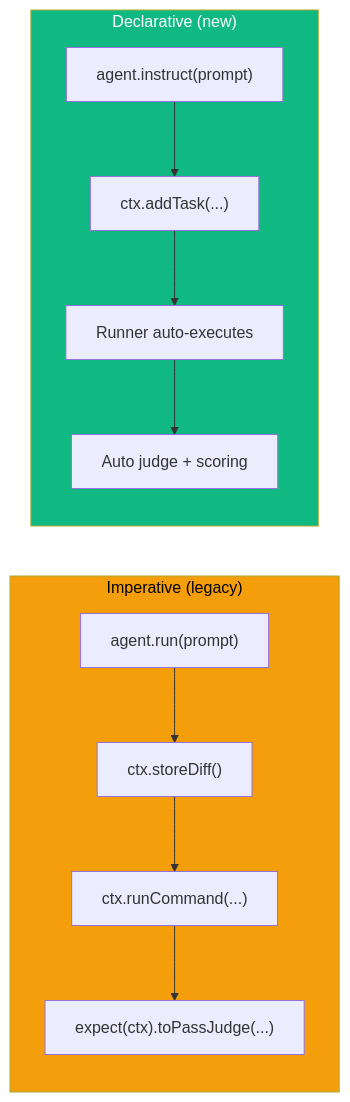
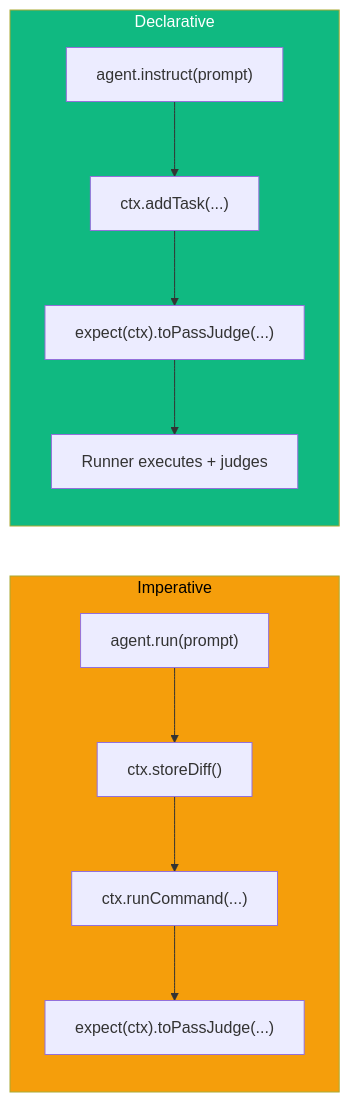
Before and after one commit to Tlahey/agent-eval: the first of 3 diagrams in apps/docs/guide/declarative-pipeline.md, drawn with Mermaid. The commit also changed other lines of this file and 17 other files, not shown here.

First line of the commit message:
feat(judge): require explicit toPassJudge criteria in declarative mode

````diff
--- a/apps/docs/guide/declarative-pipeline.md
+++ b/apps/docs/guide/declarative-pipeline.md
@@ -7,19 +7,19 @@
 ```mermaid
 flowchart LR
-  subgraph Imperative["Imperative (legacy)"]
+  subgraph Imperative["Imperative"]
     direction TB
     A1["agent.run(prompt)"] --> A2["ctx.storeDiff()"]
     A2 --> A3["ctx.runCommand(...)"]
     A3 --> A4["expect(ctx).toPassJudge(...)"]
   end
 
-  subgraph Declarative["Declarative (new)"]
+  subgraph Declarative["Declarative"]
     direction TB
     B1["agent.instruct(prompt)"] --> B2["ctx.addTask(...)"]
-    B2 --> B3["Runner auto-executes"]
-    B3 --> B4["Auto judge + scoring"]
+    B2 --> B3["expect(ctx).toPassJudge(...)"]
+    B3 --> B4["Runner executes + judges"]
   end
 
   style Imperative fill:#f59e0b,color:#000
   style Declarative fill:#10b981,color:#fff
 ```
````
